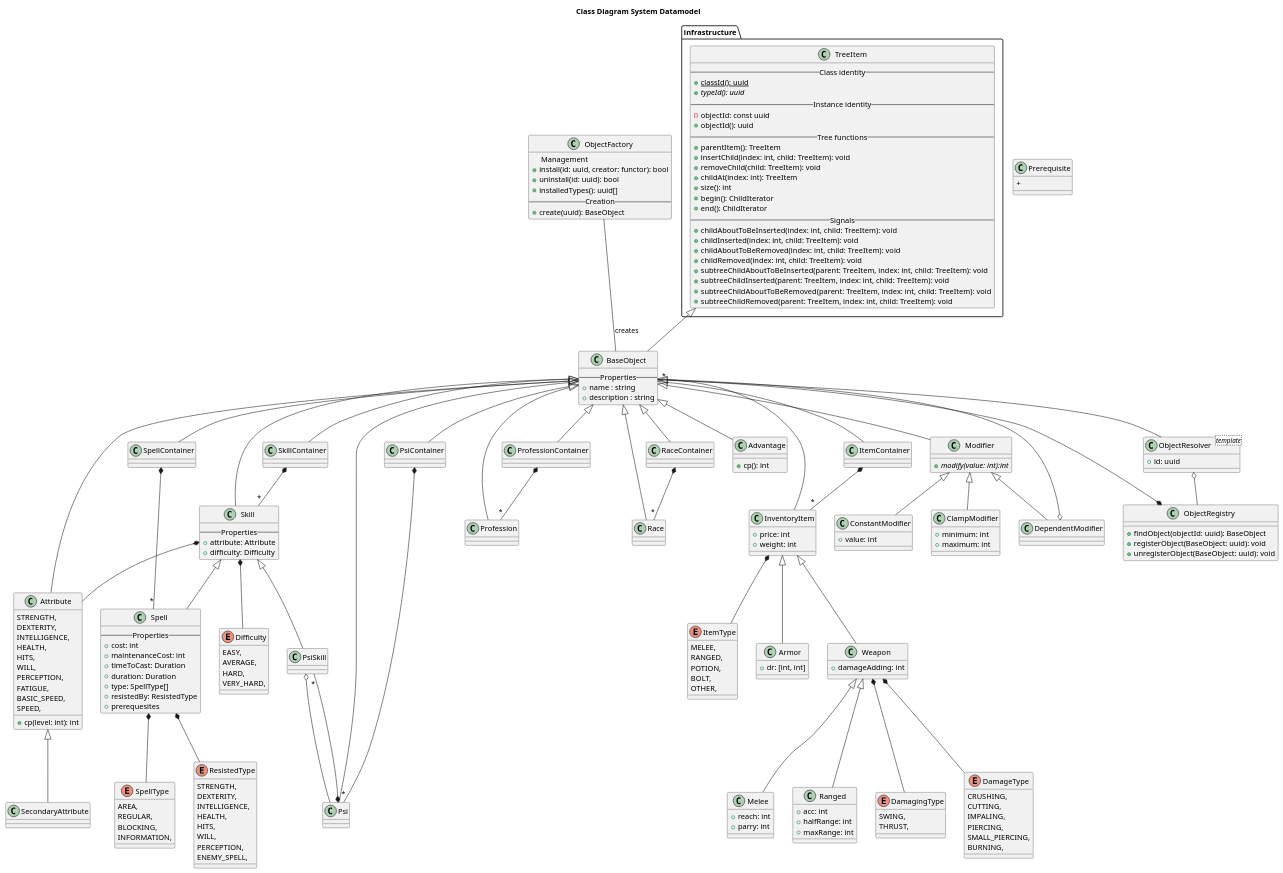
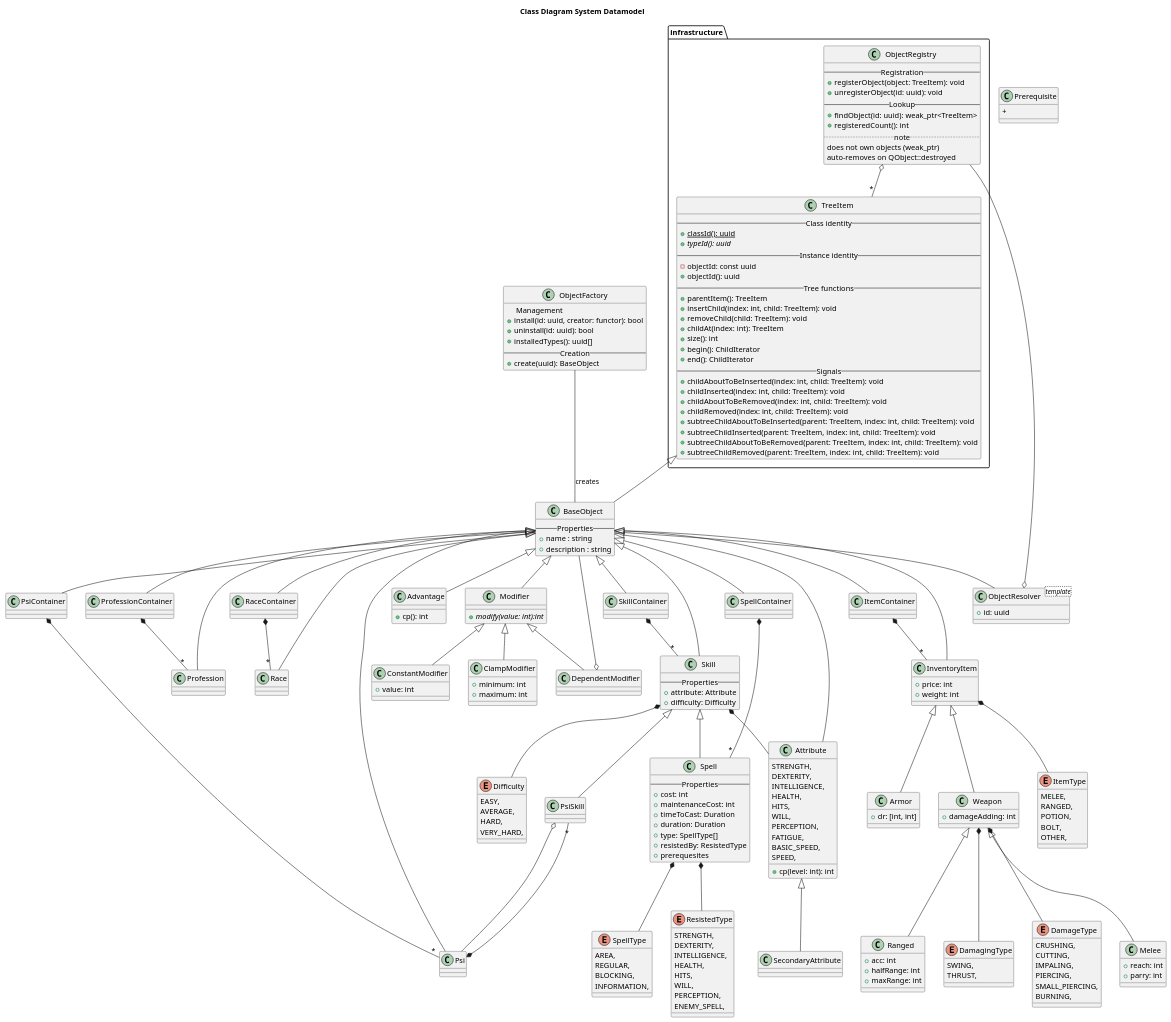
One commit to TigerInAnEmptyJar/dungeonMaster changed the diagram in docs/c4/03_class/class_system_datamodel.puml. Above: the diagram before and after it, drawn with PlantUML. The commit also changed 5 other files, not shown here.

First line of the commit message:
Added class ObjectRegistry

```diff
--- a/docs/c4/03_class/class_system_datamodel.puml
+++ b/docs/c4/03_class/class_system_datamodel.puml
@@ -27,6 +27,20 @@
   + subtreeChildAboutToBeRemoved(parent: TreeItem, index: int, child: TreeItem): void
   + subtreeChildRemoved(parent: TreeItem, index: int, child: TreeItem): void
   }
+
+  class ObjectRegistry {
+  -- Registration --
+  + registerObject(object: TreeItem): void
+  + unregisterObject(id: uuid): void
+  -- Lookup --
+  + findObject(id: uuid): weak_ptr<TreeItem>
+  + registeredCount(): int
+  .. note ..
+  does not own objects (weak_ptr)
+  auto-removes on QObject::destroyed
+  }
+
+  ObjectRegistry o-- "*" TreeItem
 }
 
 class BaseObject {
@@ -241,18 +255,11 @@
 
 ObjectFactory -- BaseObject : creates
 
-class ObjectRegistry {
-+ findObject(objectId: uuid): BaseObject
-+ registerObject(BaseObject: uuid): void
-+ unregisterObject(BaseObject: uuid): void
-}
-ObjectRegistry *-- "*" BaseObject 
-
 class ObjectResolver <template> {
 + id: uuid
 }
 
 BaseObject <|-- ObjectResolver
-ObjectResolver o-- ObjectRegistry
+ObjectResolver o-- infrastructure.ObjectRegistry
 
 @enduml
```
